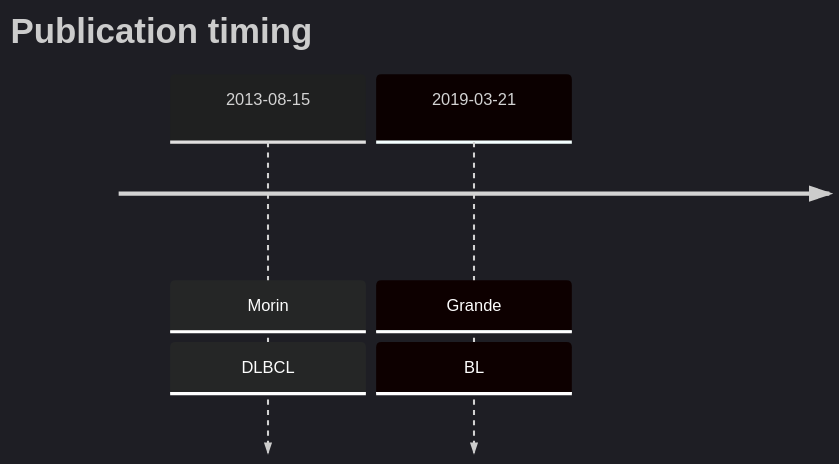
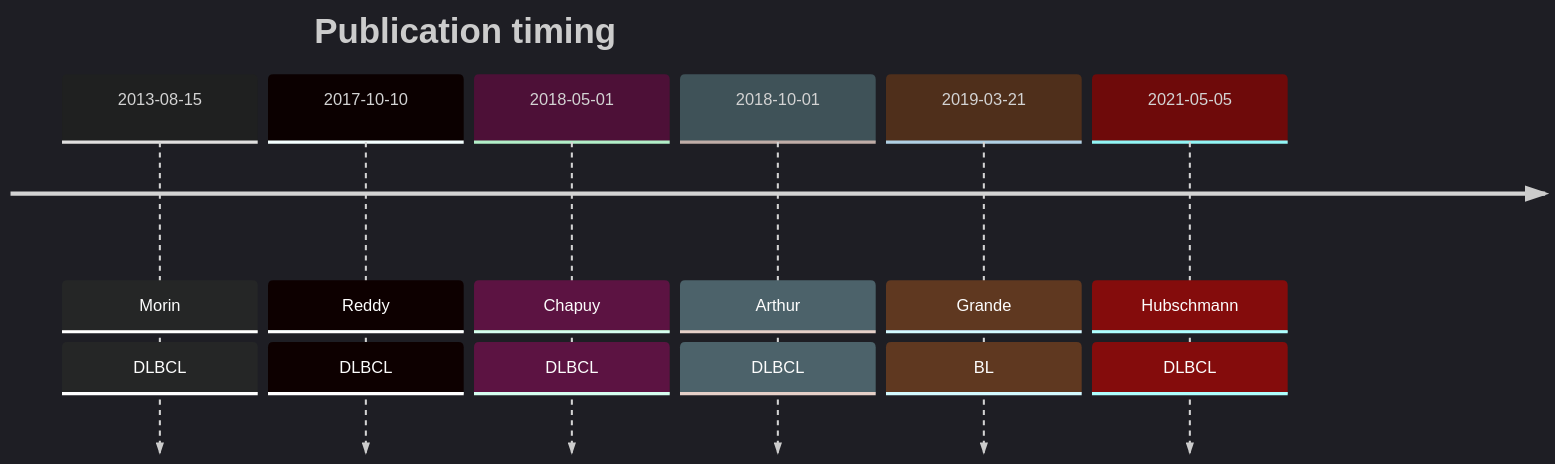
The diagram in GNAI2.md (morinlab/lymphopedia), drawn with Mermaid before and after one commit.

````diff
--- a/GNAI2.md
+++ b/GNAI2.md
@@ -14,7 +14,11 @@
 ```mermaid
 %%{init: { 'logLevel': 'debug', 'theme': 'dark' } }%%
 timeline
     title Publication timing
-      2013-08-15 : Morin : DLBCL
-      2019-03-21 : Grande : BL
+2013-08-15 : Morin : DLBCL
+2017-10-10 : Reddy : DLBCL
+2018-05-01 : Chapuy : DLBCL
+2018-10-01 : Arthur : DLBCL
+2019-03-21 : Grande : BL
+2021-05-05 : Hubschmann : DLBCL
 ```
````
